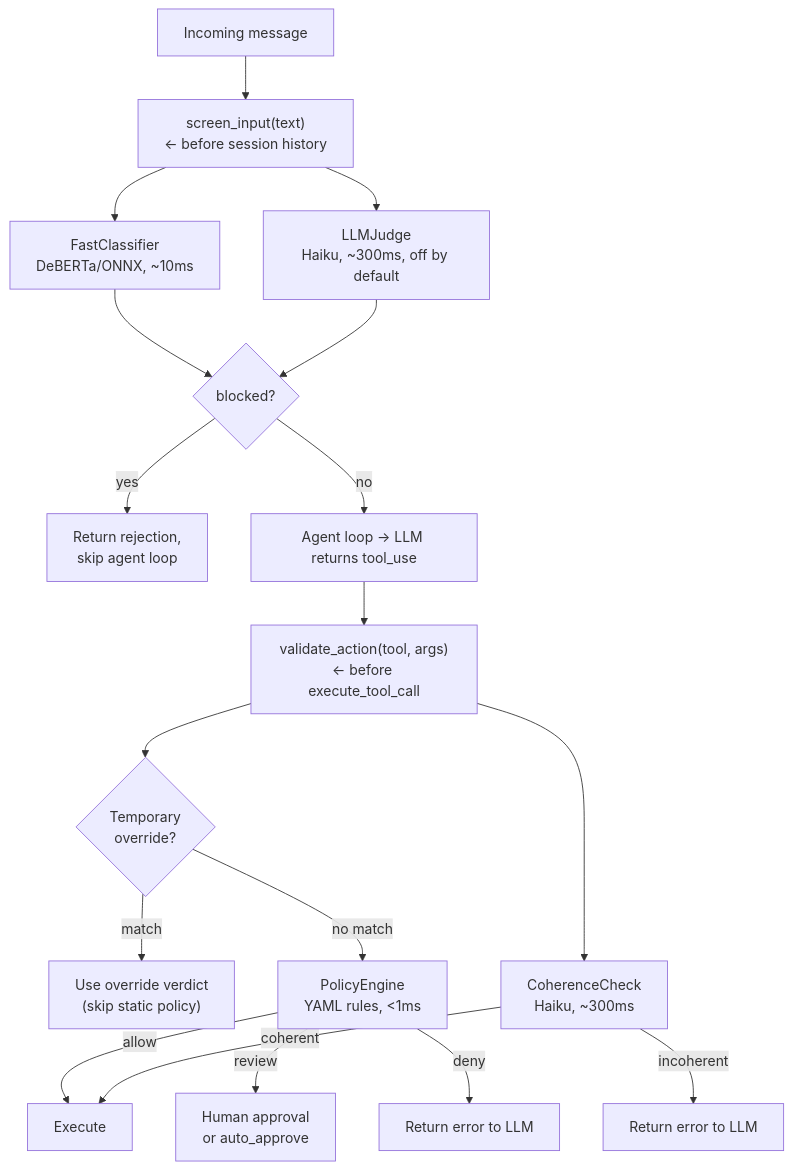
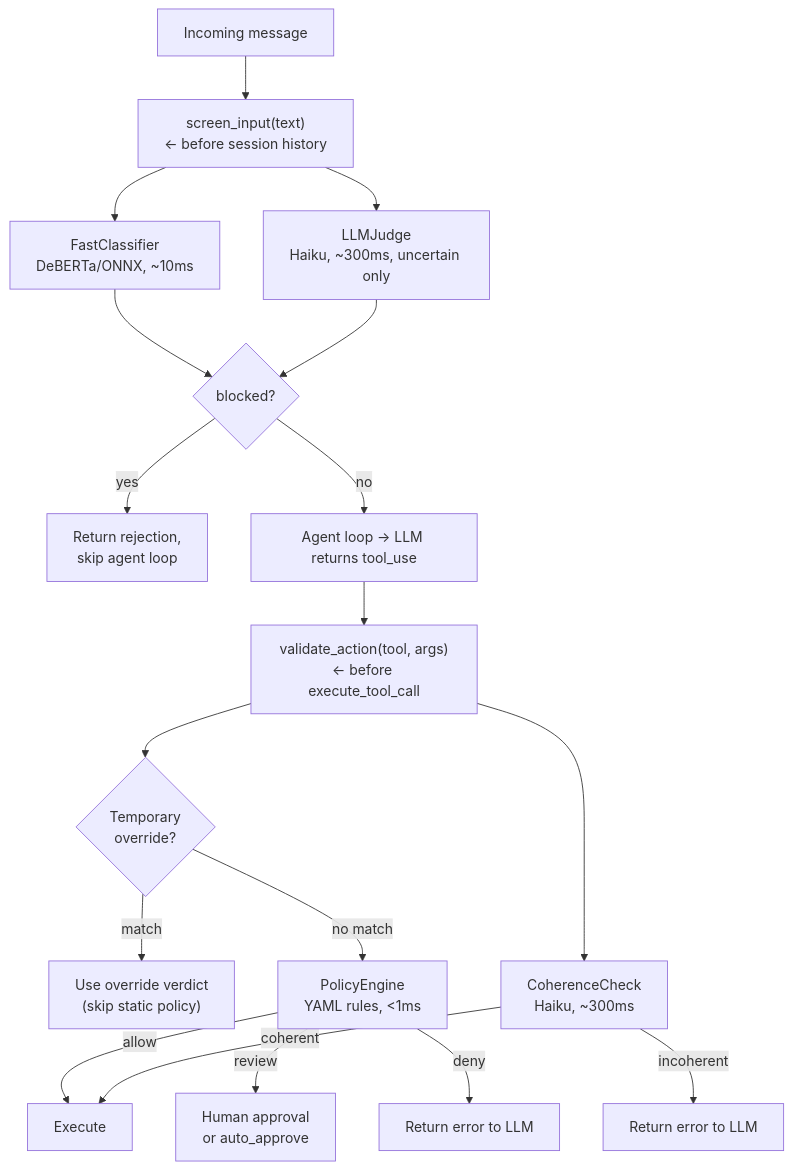
The first of 2 diagrams in docs/architecture/guardian.md (Creel-ai/creel), drawn with Mermaid before and after one commit. The commit also changed other lines of this file and 27 other files, not shown here.

````diff
--- a/docs/architecture/guardian.md
+++ b/docs/architecture/guardian.md
@@ -7,20 +7,20 @@
 ```mermaid
 flowchart TD
     A["Incoming message"] --> B["screen_input(text)\n← before session history"]
     B --> FC["FastClassifier\nDeBERTa/ONNX, ~10ms"]
-    B --> LJ["LLMJudge\nHaiku, ~300ms, off by default"]
+    B --> LJ["LLMJudge\nHaiku, ~300ms, uncertain only"]
     FC --> blocked{"blocked?"}
     LJ --> blocked
     blocked -- yes --> reject["Return rejection,\nskip agent loop"]
     blocked -- no --> agent["Agent loop → LLM returns tool_use"]
     agent --> VA["validate_action(tool, args)\n← before execute_tool_call"]
     VA --> OV{"Temporary\noverride?"}
     OV -- match --> ovResult["Use override verdict\n(skip static policy)"]
     OV -- no match --> PE["PolicyEngine\nYAML rules, <1ms"]
     VA --> CC["CoherenceCheck\nHaiku, ~300ms"]
     PE -- allow --> execute["Execute"]
     PE -- review --> approval["Human approval\nor auto_approve"]
     PE -- deny --> err1["Return error to LLM"]
     CC -- coherent --> execute
     CC -- incoherent --> err2["Return error to LLM"]
 ```
````
